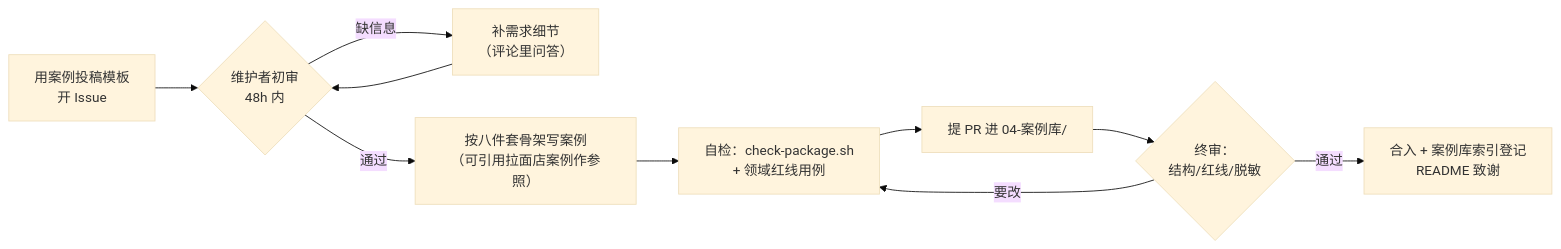
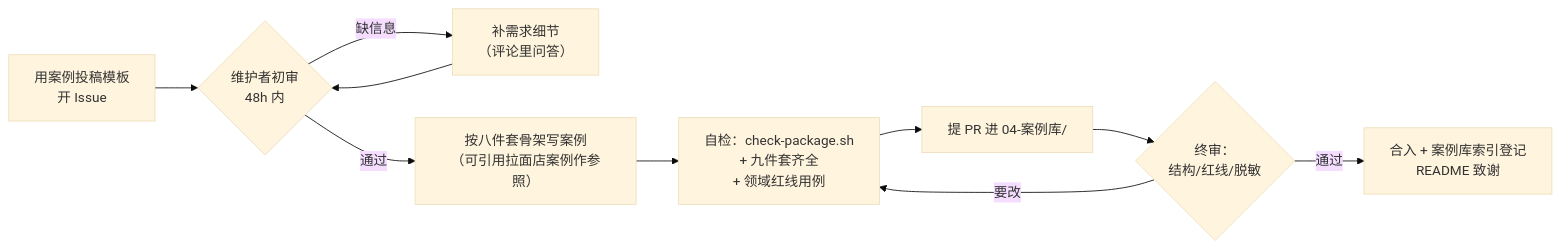
One commit to August06exe/ai-landing-consultant changed the diagram in CONTRIBUTING.md. Above: the diagram before and after it, drawn with Mermaid (base theme). The commit also changed other lines of this file and 18 other files, not shown here.

````diff
--- a/CONTRIBUTING.md
+++ b/CONTRIBUTING.md
@@ -30,12 +32,12 @@
 ```mermaid
 flowchart LR
     A["用案例投稿模板<br/>开 Issue"] --> B{"维护者初审<br/>48h 内"}
     B -->|"缺信息"| C["补需求细节<br/>（评论里问答）"]
     C --> B
     B -->|"通过"| D["按八件套骨架写案例<br/>（可引用拉面店案例作参照）"]
-    D --> E["自检：check-package.sh<br/>+ 领域红线用例"]
+    D --> E["自检：check-package.sh<br/>+ 九件套齐全<br/>+ 领域红线用例"]
     E --> F["提 PR 进 04-案例库/"]
     F --> G{"终审：<br/>结构/红线/脱敏"}
     G -->|"通过"| H["合入 + 案例库索引登记<br/>README 致谢"]
     G -->|"要改"| E
 ```
````
